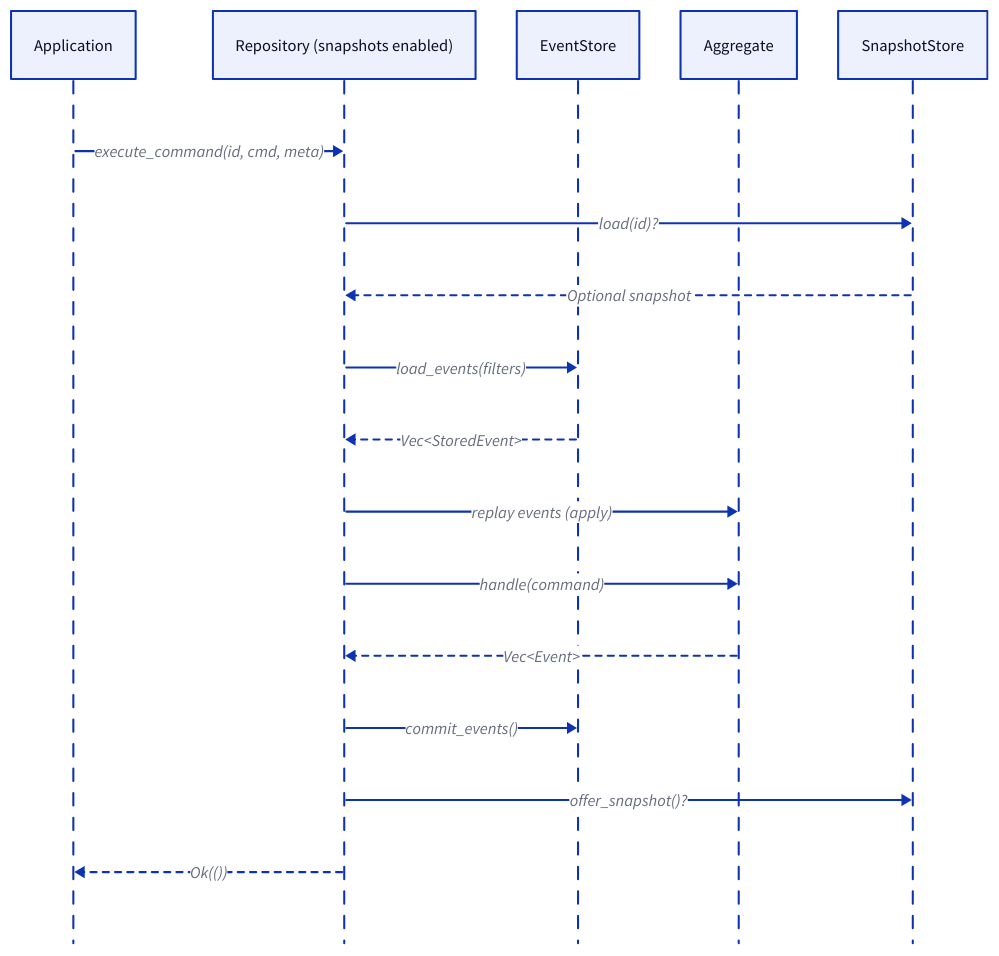
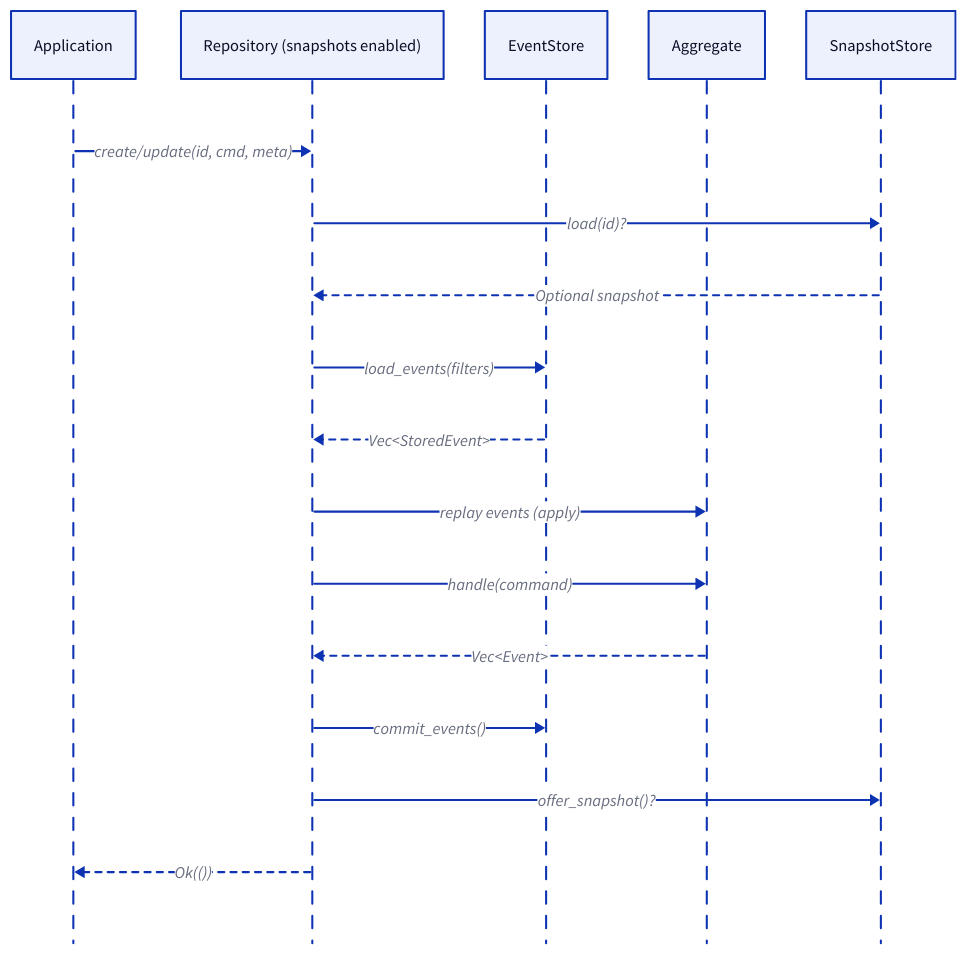
The second of 3 diagrams in docs/src/concepts/architecture.md (danieleades/sourcery), drawn with D2 before and after one commit. The commit also changed other lines of this file and 55 other files, not shown here.

````diff
--- a/docs/src/concepts/architecture.md
+++ b/docs/src/concepts/architecture.md
@@ -46,21 +46,21 @@
 ```d2
 shape: sequence_diagram
 
 App: Application
 Repo: Repository (snapshots enabled)
 Store: EventStore
 Agg: Aggregate
 Snap: SnapshotStore
 
-App -> Repo: "execute_command(id, cmd, meta)"
+App -> Repo: "create/update(id, cmd, meta)"
 Repo -> Snap: "load(id)?"
 Snap -> Repo: "Optional snapshot" {style.stroke-dash: 3}
 Repo -> Store: "load_events(filters)"
 Store -> Repo: "Vec<StoredEvent>" {style.stroke-dash: 3}
 Repo -> Agg: "replay events (apply)"
 Repo -> Agg: "handle(command)"
 Agg -> Repo: "Vec<Event>" {style.stroke-dash: 3}
 Repo -> Store: "commit_events()"
 Repo -> Snap: "offer_snapshot()?"
 Repo -> App: "Ok(())" {style.stroke-dash: 3}
 ```
````
